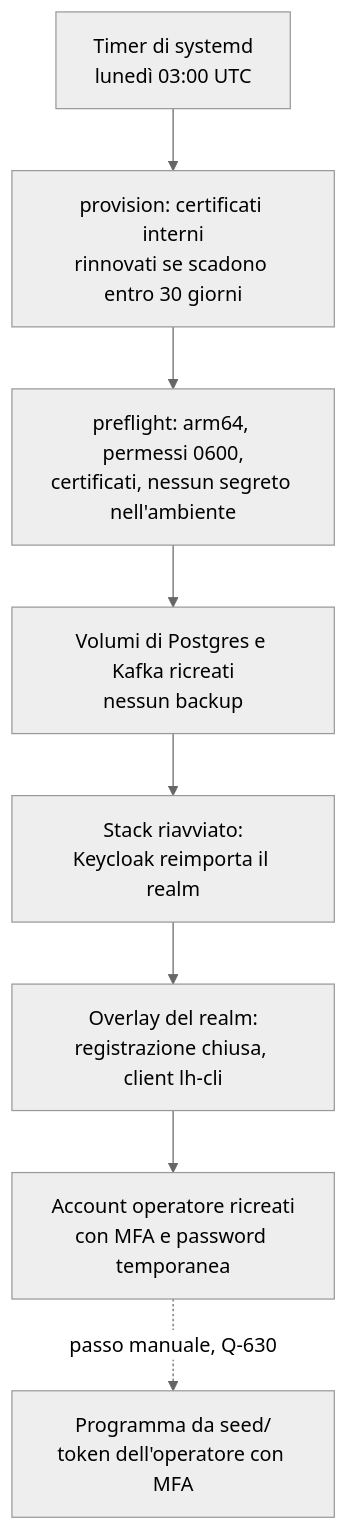
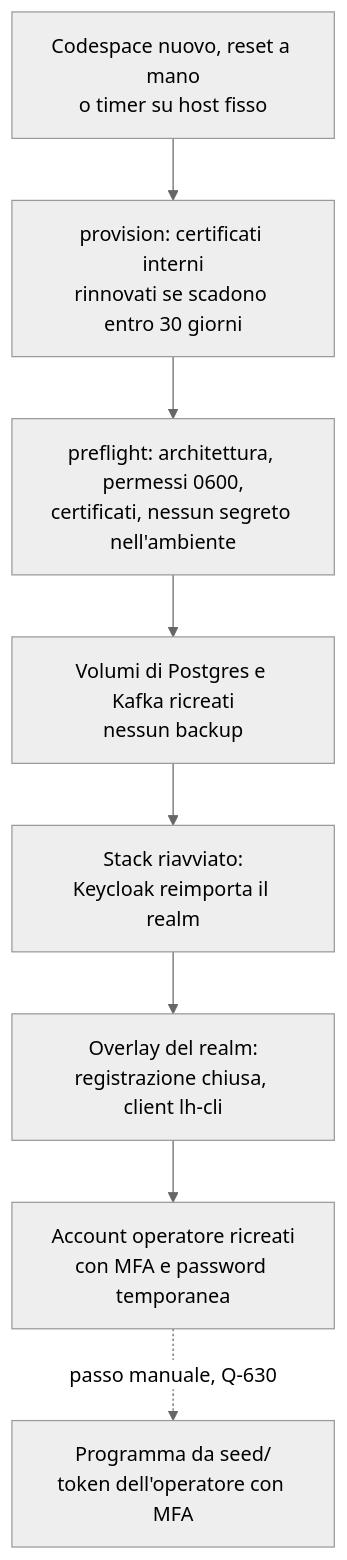
Before and after one commit to peppe-ruv/Loyalty_Sys: the second of 3 diagrams in concetti/vetrina-enterprise.mdx, drawn with Mermaid (neutral theme). The commit also changed other lines of this file and 6 other files, not shown here.

First line of the commit message:
docs(adr): vetrina enterprise su Codespaces a richiesta [ADR-050, F2-DIST-09, M8.14, Q-660…Q-663, TOBE-012] (#197)

````diff
--- a/concetti/vetrina-enterprise.mdx
+++ b/concetti/vetrina-enterprise.mdx
@@ -73,12 +73,12 @@
 ```mermaid
 flowchart TD
-  accTitle: Azzeramento settimanale della vetrina enterprise
-  accDescr: Ogni lunedì il timer rinnova i certificati interni in scadenza, ripete i controlli, ricrea i volumi di Postgres e Kafka, riavvia lo stack con il realm reimportato, applica l'overlay del realm e ricrea gli account operatore. La configurazione del programma la riapplica poi un operatore con il Device Authorization Grant e la MFA.
-  T[Timer di systemd<br/>lunedì 03:00 UTC] --> P[provision: certificati interni<br/>rinnovati se scadono entro 30 giorni]
-  P --> C[preflight: arm64, permessi 0600,<br/>certificati, nessun segreto nell'ambiente]
+  accTitle: Azzeramento della vetrina enterprise
+  accDescr: A ogni azzeramento, cioè un codespace nuovo, il comando a mano o il timer settimanale su un host fisso, lo script rinnova i certificati interni in scadenza, ripete i controlli, ricrea i volumi di Postgres e Kafka, riavvia lo stack con il realm reimportato, applica l'overlay del realm e ricrea gli account operatore. La configurazione del programma la riapplica poi un operatore con il Device Authorization Grant e la MFA.
+  T[Codespace nuovo, reset a mano<br/>o timer su host fisso] --> P[provision: certificati interni<br/>rinnovati se scadono entro 30 giorni]
+  P --> C[preflight: architettura, permessi 0600,<br/>certificati, nessun segreto nell'ambiente]
   C --> D[Volumi di Postgres e Kafka ricreati<br/>nessun backup]
   D --> U[Stack riavviato:<br/>Keycloak reimporta il realm]
   U --> O[Overlay del realm:<br/>registrazione chiusa, client lh-cli]
   O --> A[Account operatore ricreati<br/>con MFA e password temporanea]
   A -.->|passo manuale, Q-630| G[Programma da seed/<br/>token dell'operatore con MFA]
 ```
````
